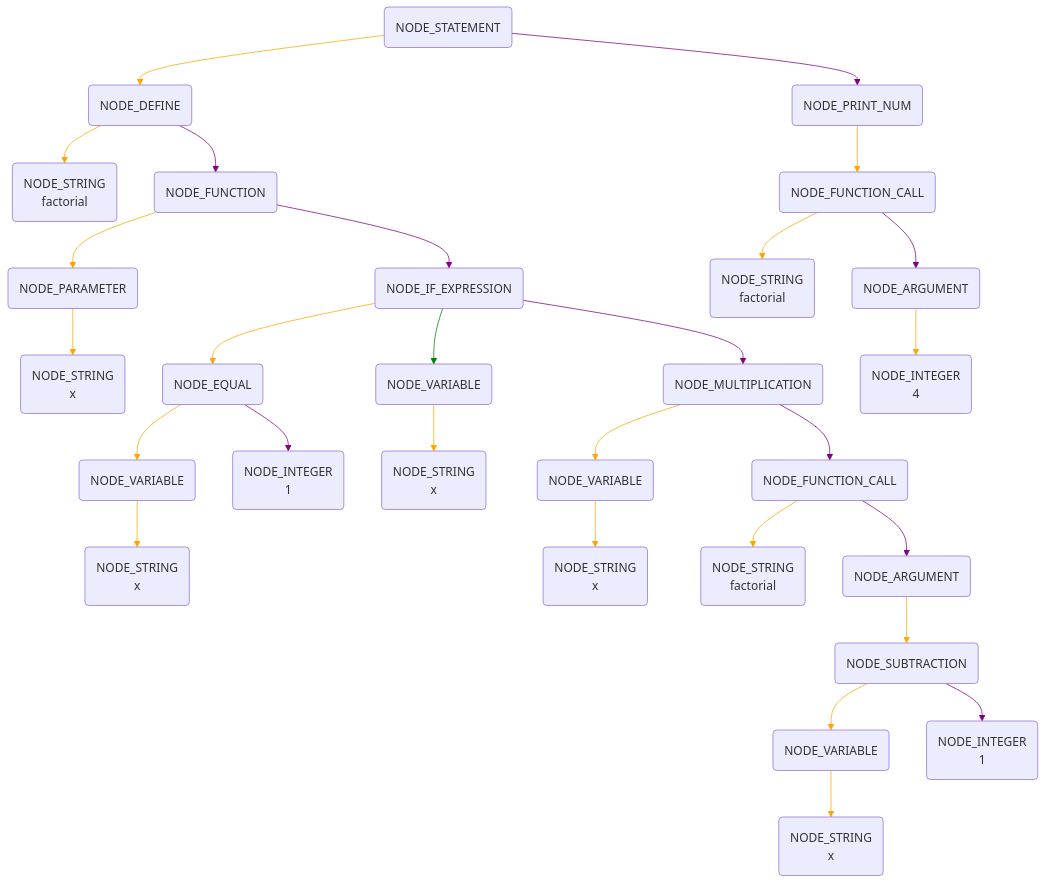
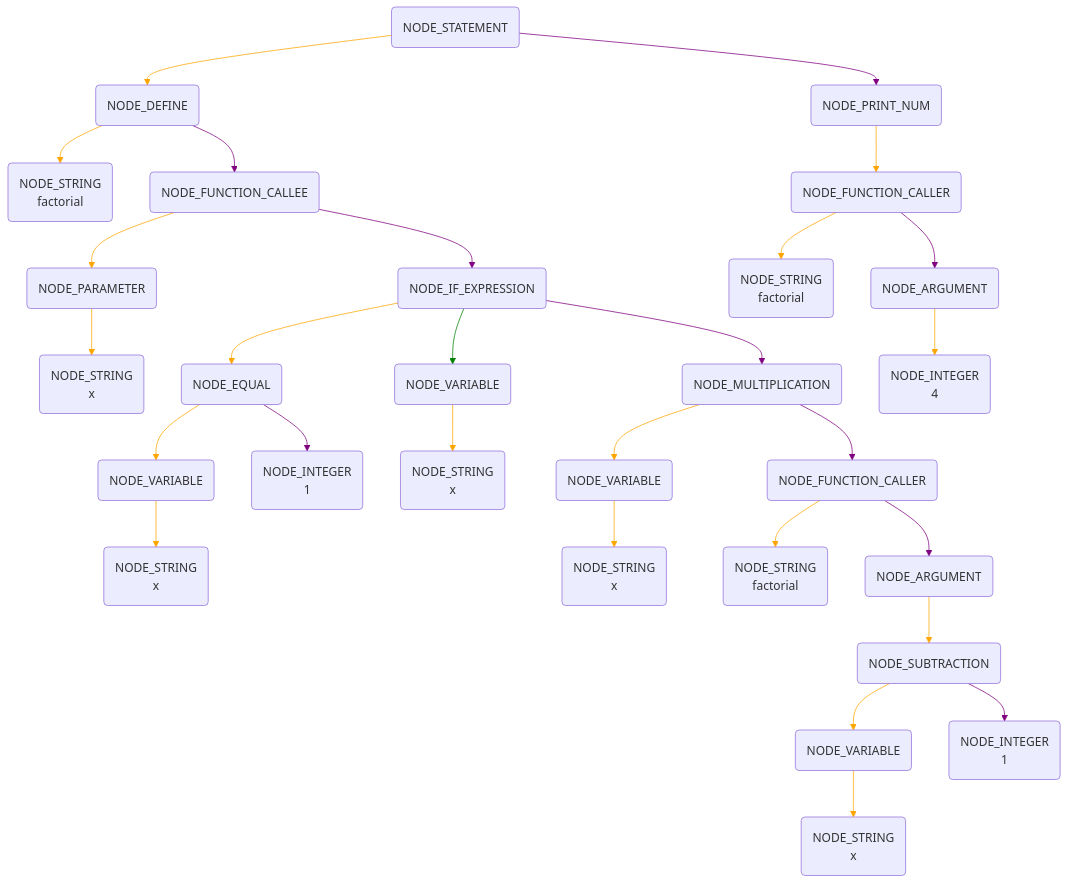
Before and after one commit to RobinHsieh/Compiler_in_C: the eighth of 8 diagrams in FinalProject/README.md, drawn with Mermaid. The commit also changed other lines of this file and 3 other files, not shown here.

````diff
--- a/FinalProject/README.md
+++ b/FinalProject/README.md
@@ -272,34 +272,34 @@
 ```mermaid
 graph TB
 23(NODE_STATEMENT) --> 18(NODE_DEFINE)
 23 --> 14(NODE_PRINT_NUM)
 18 --> 2(NODE_STRING\nfactorial)
-18 --> 21(NODE_FUNCTION)
+18 --> 21(NODE_FUNCTION_CALLEE)
 21 --> 19(NODE_PARAMETER)
 21 --> 16(NODE_IF_EXPRESSION)
 19 --> 102(NODE_STRING\nx)
 16 --> 10(NODE_EQUAL)
 16 --> 17(NODE_VARIABLE)
 16 --> 3(NODE_MULTIPLICATION)
 10 --> 117(NODE_VARIABLE)
 10 --> 100(NODE_INTEGER\n1)
 17 --> 202(NODE_STRING\nx)
 3 --> 217(NODE_VARIABLE)
-3 --> 22(NODE_FUNCTION_CALL)
+3 --> 22(NODE_FUNCTION_CALLER)
 117 --> 302(NODE_STRING\nx)
 22 --> 402(NODE_STRING\nfactorial)
 22 --> 20(NODE_ARGUMENT)
 20 --> 4(NODE_SUBTRACTION)
 4 --> 317(NODE_VARIABLE)
 4 --> 200(NODE_INTEGER\n1)
 317 --> 502(NODE_STRING\nx)
 217 --> 602(NODE_STRING\nx)
-14 --> 122(NODE_FUNCTION_CALL)
+14 --> 122(NODE_FUNCTION_CALLER)
 122 --> 702(NODE_STRING\nfactorial)
 122 --> 220(NODE_ARGUMENT)
 220 --> 300(NODE_INTEGER\n4)
 
 linkStyle 0,2,4,6,7,10,12,13,15,16,18,19,21,22,23,24,26 stroke:orange;
 linkStyle 8 stroke:green;
 linkStyle 1,3,5,9,11,14,17,20,25 stroke:purple;
 ```
````
